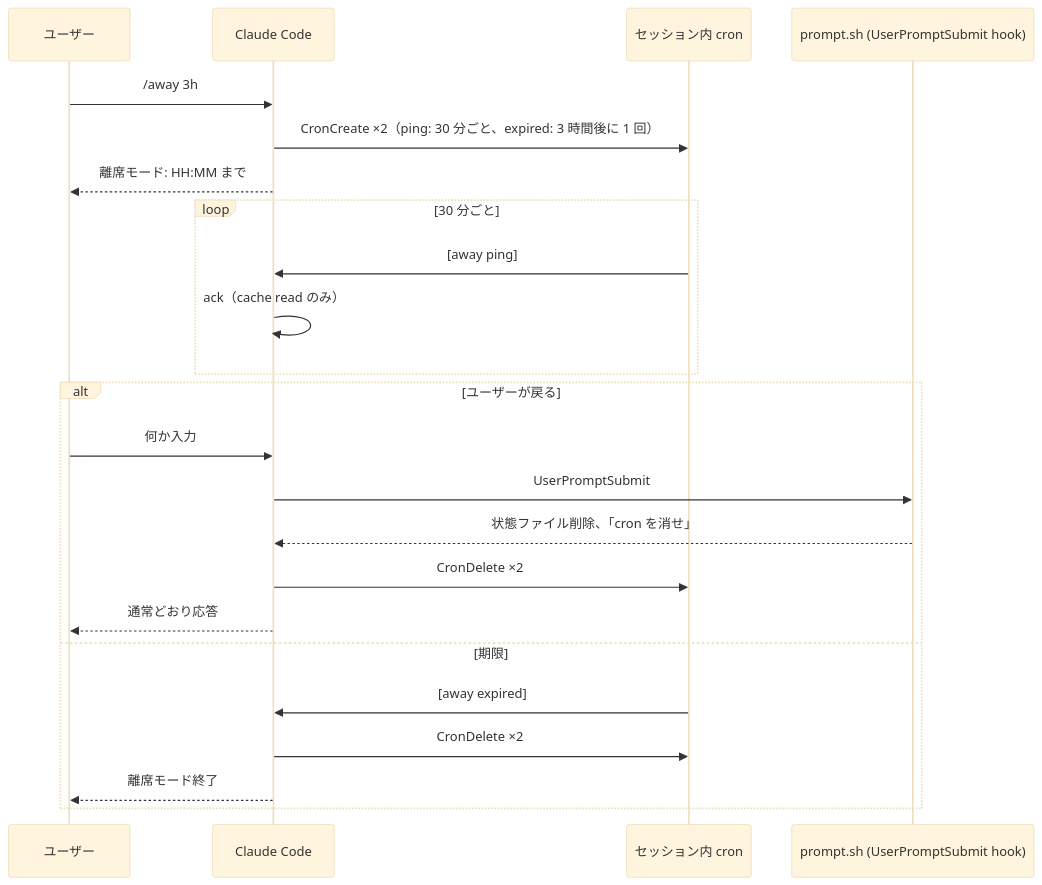
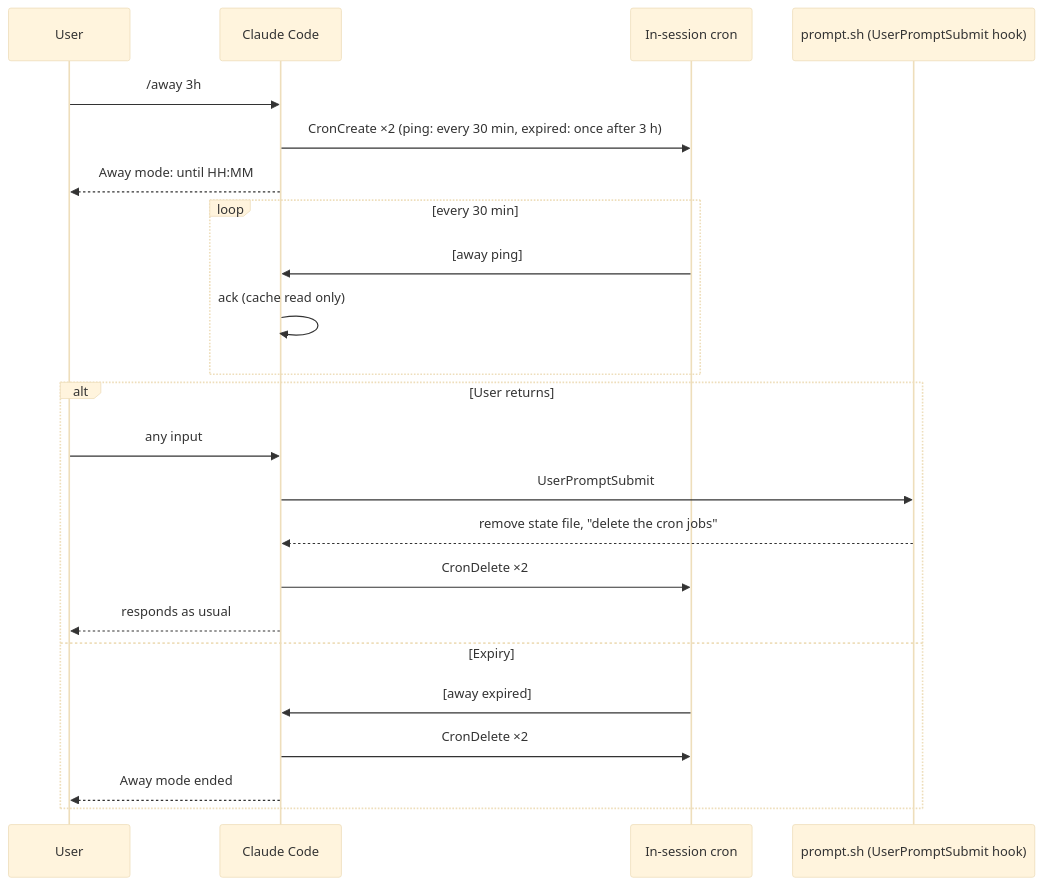
The diagram in README.md (TominagaTeam/away), drawn with Mermaid (base theme) before and after one commit. The commit also changed other lines of this file and 5 other files, not shown here.

````diff
--- a/README.md
+++ b/README.md
@@ -15,25 +17,25 @@
 ```mermaid
 sequenceDiagram
-  participant U as ユーザー
+  participant U as User
   participant C as Claude Code
-  participant K as セッション内 cron
+  participant K as In-session cron
   participant P as prompt.sh (UserPromptSubmit hook)
   U->>C: /away 3h
-  C->>K: CronCreate ×2（ping: 30 分ごと、expired: 3 時間後に 1 回）
-  C-->>U: 離席モード: HH:MM まで
-  loop 30 分ごと
+  C->>K: CronCreate ×2 (ping: every 30 min, expired: once after 3 h)
+  C-->>U: Away mode: until HH:MM
+  loop every 30 min
     K->>C: [away ping]
-    C->>C: ack（cache read のみ）
+    C->>C: ack (cache read only)
   end
-  alt ユーザーが戻る
-    U->>C: 何か入力
+  alt User returns
+    U->>C: any input
     C->>P: UserPromptSubmit
-    P-->>C: 状態ファイル削除、「cron を消せ」
+    P-->>C: remove state file, "delete the cron jobs"
     C->>K: CronDelete ×2
-    C-->>U: 通常どおり応答
-  else 期限
+    C-->>U: responds as usual
+  else Expiry
     K->>C: [away expired]
     C->>K: CronDelete ×2
-    C-->>U: 離席モード終了
+    C-->>U: Away mode ended
   end
 ```
````
